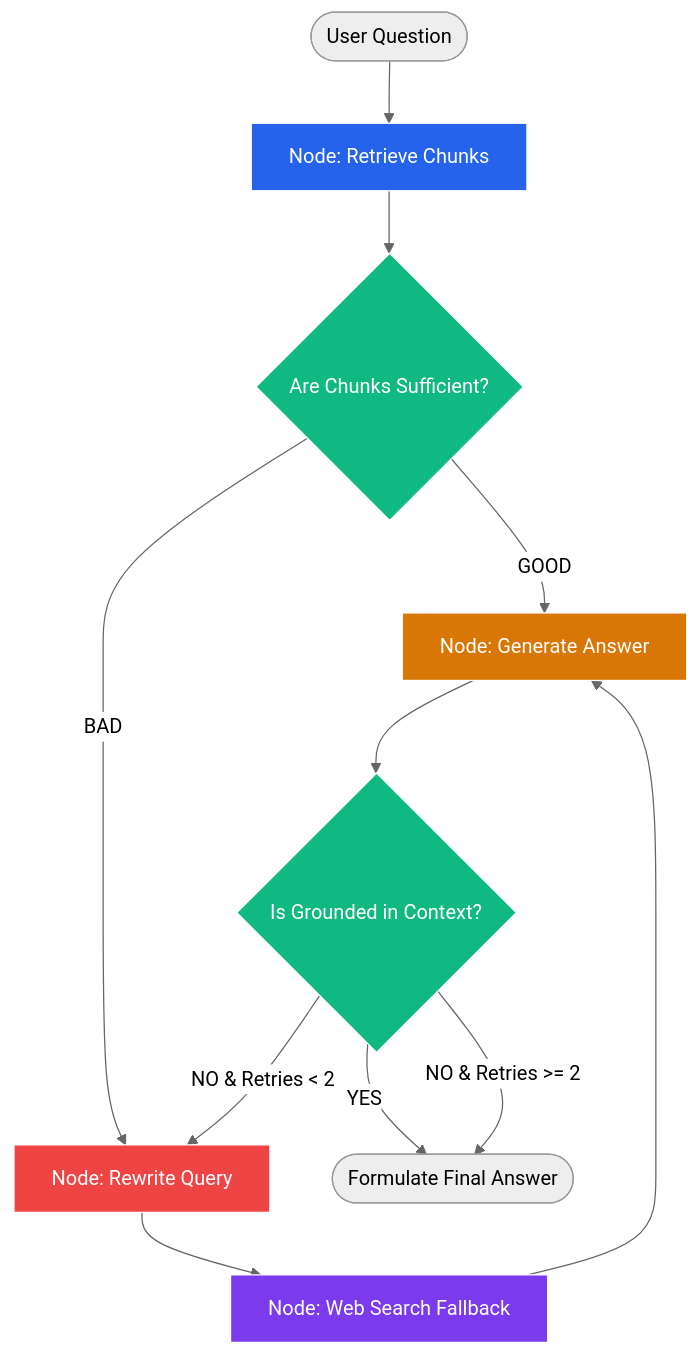
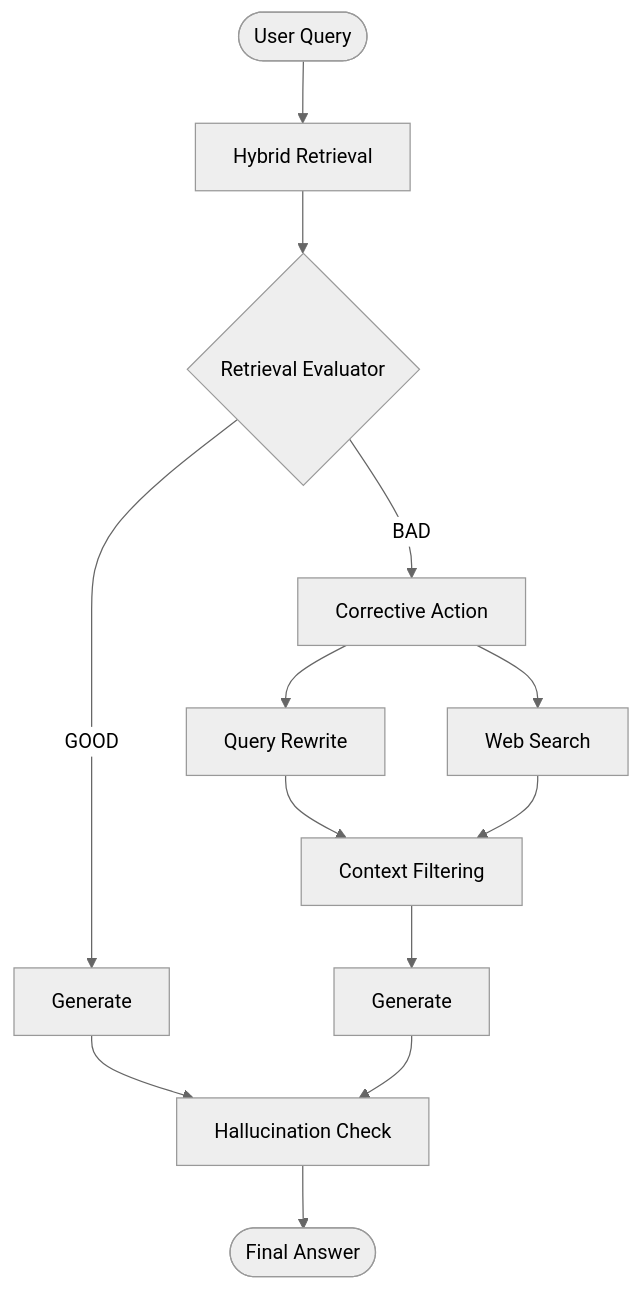
One commit to mohd-faizy/RAG-Design-Patterns changed the diagram in 14_Corrective_RAG/README.md. Above: the diagram before and after it, drawn with Mermaid (neutral theme). The commit also changed 3 other files, not shown here.

Commit message:
update readme diagrams

````diff
--- a/14_Corrective_RAG/README.md
+++ b/14_Corrective_RAG/README.md
@@ -20,23 +20,20 @@
 ```mermaid
 graph TD
-    Start([User Question]) --> Retrieve[Node: Retrieve Chunks]
-    Retrieve --> Evaluate{Are Chunks Sufficient?}
+    Query([User Query]) --> Hybrid[Hybrid Retrieval]
+    Hybrid --> Evaluator{Retrieval Evaluator}
+    Evaluator -- GOOD --> Generate1[Generate]
+    Evaluator -- BAD --> Corrective[Corrective Action]
     
-    Evaluate -- GOOD --> Generate[Node: Generate Answer]
+    Corrective --> Rewrite[Query Rewrite]
+    Corrective --> WebSearch[Web Search]
     
-    Evaluate -- BAD --> Rewrite[Node: Rewrite Query]
-    Rewrite --> WebSearch[Node: Web Search Fallback]
-    WebSearch --> Generate
+    Rewrite --> Filtering[Context Filtering]
+    WebSearch --> Filtering
     
-    Generate --> Verify{Is Grounded in Context?}
-    Verify -- YES --> End([Formulate Final Answer])
-    Verify -- NO & Retries < 2 --> Rewrite
-    Verify -- NO & Retries >= 2 --> End
-
-    style Retrieve fill:#2563EB,stroke:#fff,color:#fff
-    style Evaluate fill:#10B981,stroke:#fff,color:#fff
-    style Rewrite fill:#EF4444,stroke:#fff,color:#fff
-    style WebSearch fill:#7C3AED,stroke:#fff,color:#fff
-    style Generate fill:#D97706,stroke:#fff,color:#fff
-    style Verify fill:#10B981,stroke:#fff,color:#fff
+    Filtering --> Generate2[Generate]
+    
+    Generate1 --> Hallucination[Hallucination Check]
+    Generate2 --> Hallucination
+    
+    Hallucination --> FinalAnswer([Final Answer])
 ```
````
